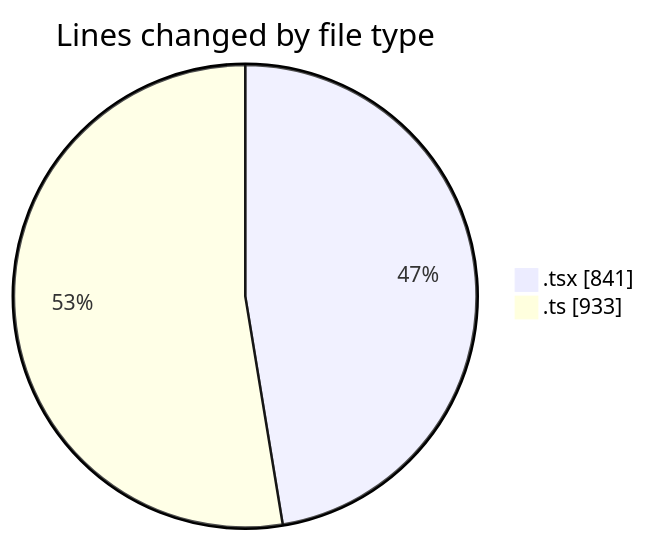
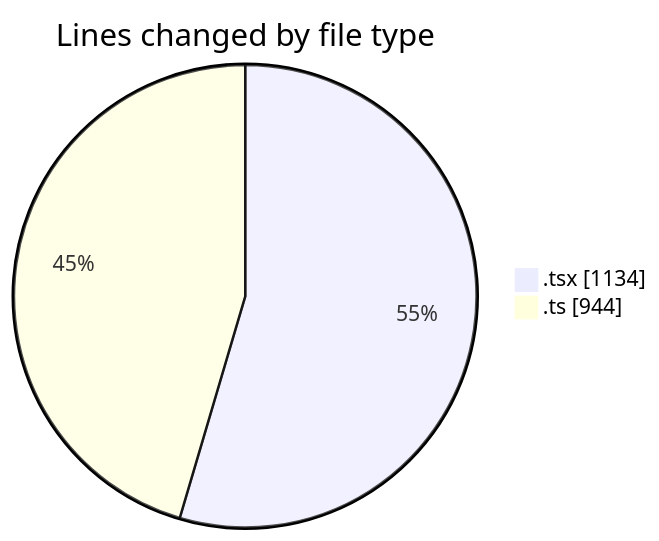
The first of 2 diagrams in 2025-10-15/eventscop-frontend-guide__workspace_/README.md (julien-gomy/code-tracking), drawn with Mermaid before and after one commit. The commit also changed other lines of this file and 1 other file, not shown here.

````diff
--- a/2025-10-15/eventscop-frontend-guide__workspace_/README.md
+++ b/2025-10-15/eventscop-frontend-guide__workspace_/README.md
@@ -30,6 +31,6 @@
 ```mermaid
 pie showData
 title Lines changed by file type
-".tsx" : 841
-".ts" : 933
+".tsx" : 1134
+".ts" : 944
 ```
````
